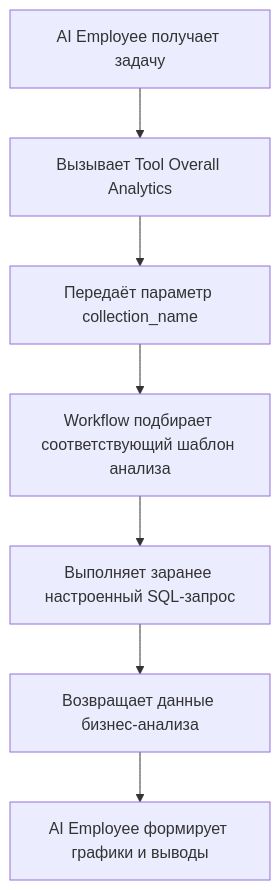
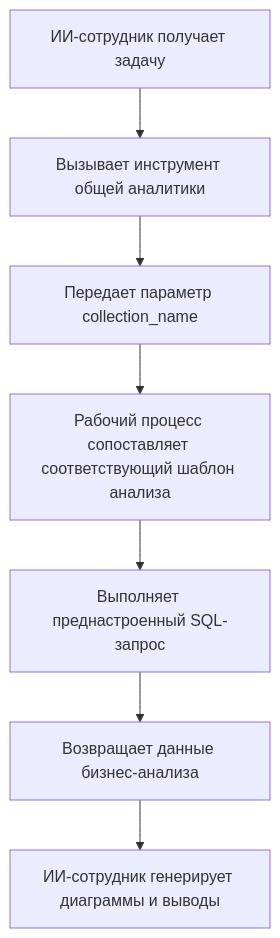
The diagram in docs/docs/ru/ai-employees/permission.md (nocobase/nocobase), drawn with Mermaid before and after one commit. The commit also changed other lines of this file and 766 other files, not shown here.

````diff
--- a/docs/docs/ru/ai-employees/permission.md
+++ b/docs/docs/ru/ai-employees/permission.md
@@ -92,9 +92,9 @@
 ```mermaid
 flowchart TD
-    A[AI Employee получает задачу] --> B[Вызывает Tool Overall Analytics]
-    B --> C[Передаёт параметр collection_name]
-    C --> D[Workflow подбирает соответствующий шаблон анализа]
-    D --> E[Выполняет заранее настроенный SQL-запрос]
+    A[ИИ-сотрудник получает задачу] --> B[Вызывает инструмент общей аналитики]
+    B --> C[Передает параметр collection_name]
+    C --> D[Рабочий процесс сопоставляет соответствующий шаблон анализа]
+    D --> E[Выполняет преднастроенный SQL-запрос]
     E --> F[Возвращает данные бизнес-анализа]
-    F --> G[AI Employee формирует графики и выводы]
+    F --> G[ИИ-сотрудник генерирует диаграммы и выводы]
 ```
````
